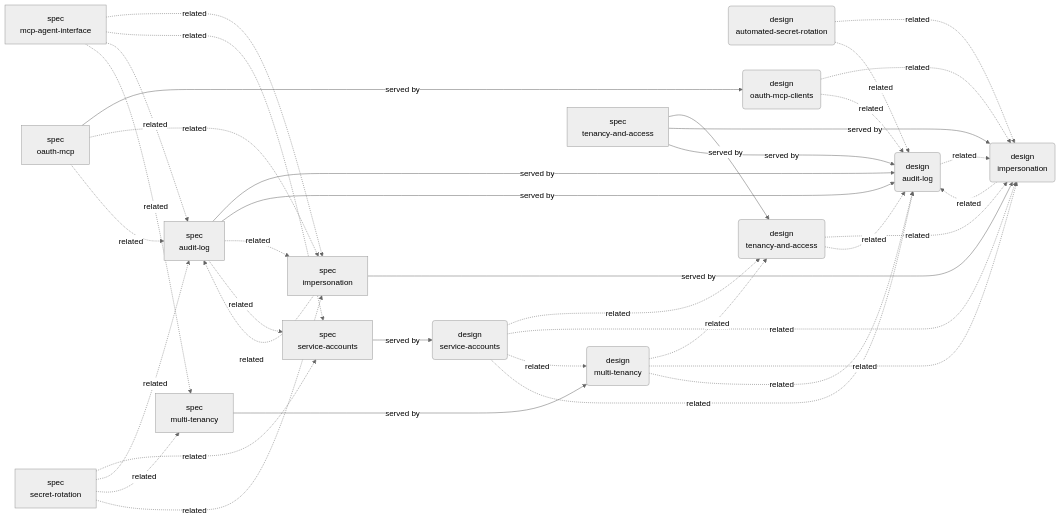
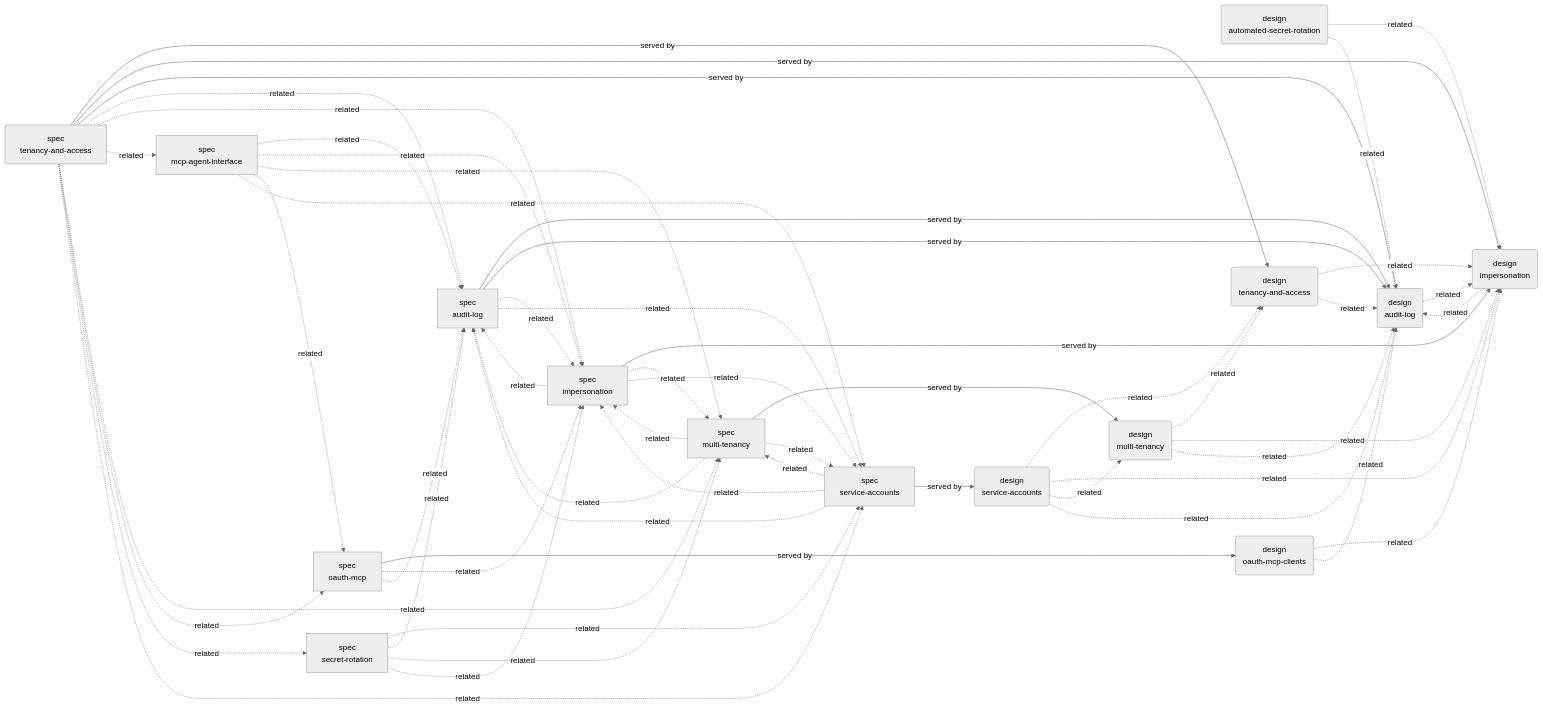
One commit to coder-devx/coder-system changed the third of 6 diagrams in system/GRAPH.md. Above: the diagram before and after it, drawn with Mermaid (neutral theme). The commit also changed other lines of this file and 26 other files, not shown here.

````diff
--- a/system/GRAPH.md
+++ b/system/GRAPH.md
@@ -160,55 +184,71 @@
 ```mermaid
 flowchart LR
   n000("design<br/>audit-log")
   n001("design<br/>automated-secret-rotation")
   n002("design<br/>impersonation")
   n003("design<br/>multi-tenancy")
   n004("design<br/>oauth-mcp-clients")
   n005("design<br/>service-accounts")
   n006("design<br/>tenancy-and-access")
   n007["spec<br/>audit-log"]
   n008["spec<br/>impersonation"]
   n009["spec<br/>mcp-agent-interface"]
   n010["spec<br/>multi-tenancy"]
   n011["spec<br/>oauth-mcp"]
   n012["spec<br/>secret-rotation"]
   n013["spec<br/>service-accounts"]
   n014["spec<br/>tenancy-and-access"]
   n007 -->|served by| n000
   n000 -.->|related| n002
   n001 -.->|related| n002
   n001 -.->|related| n000
   n002 -.->|related| n000
   n010 -->|served by| n003
   n003 -.->|related| n006
   n003 -.->|related| n002
   n003 -.->|related| n000
   n004 -.->|related| n002
   n004 -.->|related| n000
   n013 -->|served by| n005
   n005 -.->|related| n006
   n005 -.->|related| n002
   n005 -.->|related| n003
   n005 -.->|related| n000
   n014 -->|served by| n006
   n006 -.->|related| n002
   n006 -.->|related| n000
   n007 -->|served by| n000
   n007 -.->|related| n008
   n007 -.->|related| n013
   n008 -->|served by| n002
   n008 -.->|related| n007
+  n008 -.->|related| n010
+  n008 -.->|related| n013
+  n009 -.->|related| n007
   n009 -.->|related| n008
+  n009 -.->|related| n010
+  n009 -.->|related| n011
   n009 -.->|related| n013
-  n009 -.->|related| n007
-  n009 -.->|related| n010
+  n010 -.->|related| n007
+  n010 -.->|related| n008
+  n010 -.->|related| n013
   n011 -->|served by| n004
   n011 -.->|related| n008
   n011 -.->|related| n007
   n012 -.->|related| n013
   n012 -.->|related| n007
   n012 -.->|related| n010
   n012 -.->|related| n008
+  n013 -.->|related| n007
+  n013 -.->|related| n008
+  n013 -.->|related| n010
   n014 -->|served by| n002
   n014 -->|served by| n000
+  n014 -.->|related| n007
+  n014 -.->|related| n008
+  n014 -.->|related| n009
+  n014 -.->|related| n010
+  n014 -.->|related| n011
+  n014 -.->|related| n012
+  n014 -.->|related| n013
 ```
````
